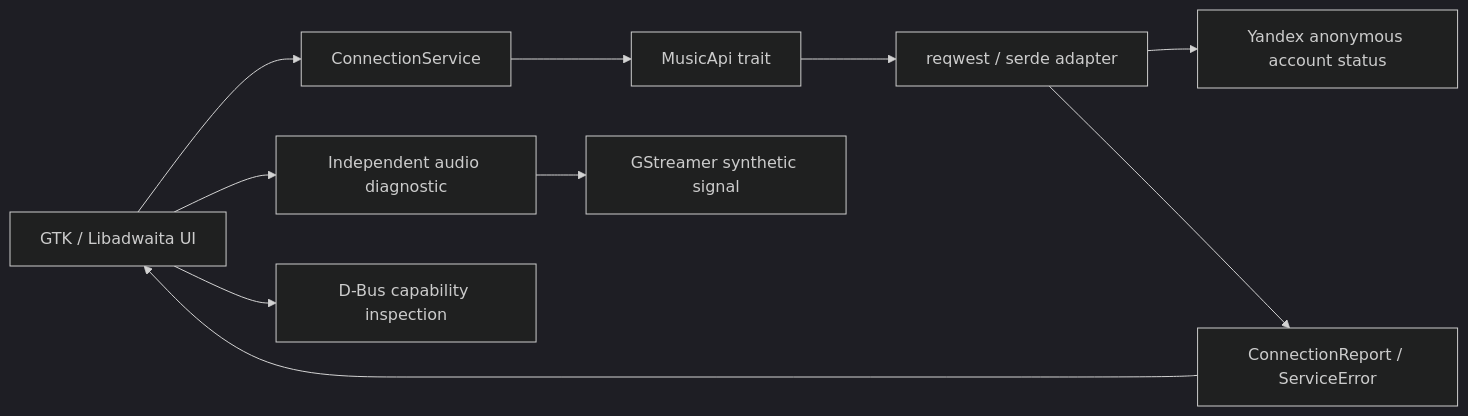
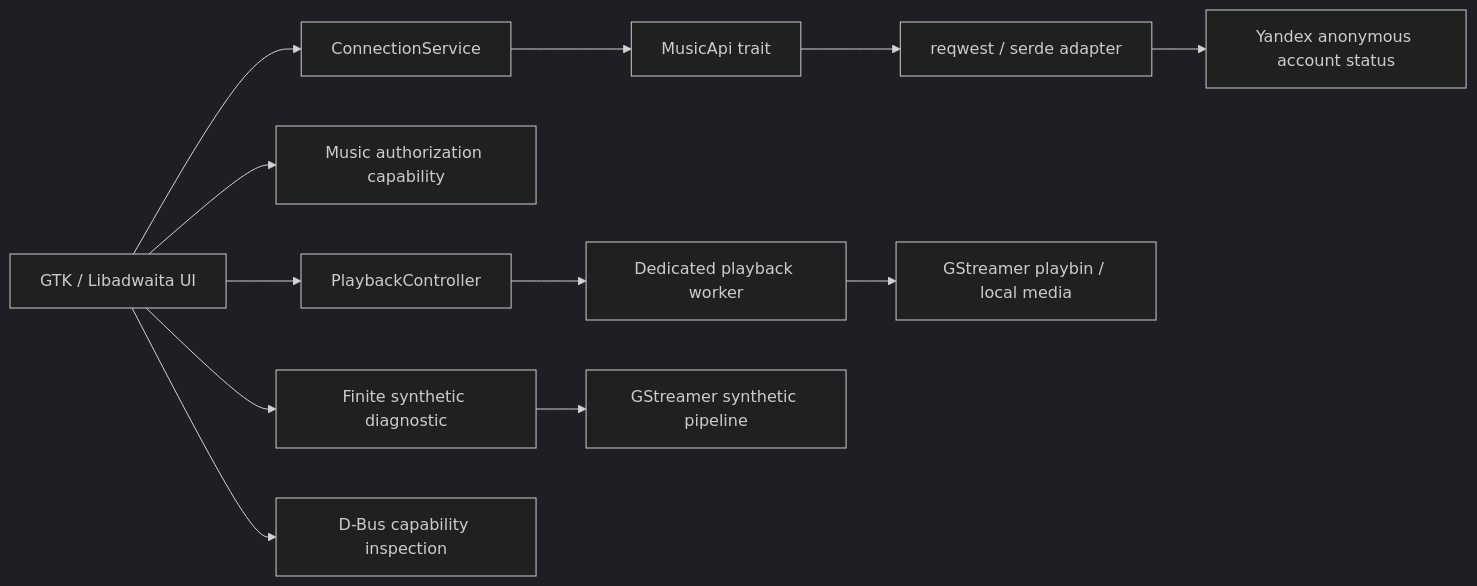
The diagram in docs/ARCHITECTURE.md (tracerxbrhd/karin), drawn with Mermaid (dark theme) before and after one commit. The commit also changed other lines of this file and 49 other files, not shown here.

First line of the commit message:
v0.1 Gate A: local playback engine and Music authorization verdict (#4)

````diff
--- a/docs/ARCHITECTURE.md
+++ b/docs/ARCHITECTURE.md
@@ -6,12 +8,14 @@
 ```mermaid
 flowchart LR
   UI[GTK / Libadwaita UI] --> Service[ConnectionService]
   Service --> Boundary[MusicApi trait]
   Boundary --> API[reqwest / serde adapter]
   API --> Remote[Yandex anonymous account status]
-  API --> Domain[ConnectionReport / ServiceError]
-  Domain --> UI
-  UI --> Audio[Independent audio diagnostic]
-  Audio --> GST[GStreamer synthetic signal]
+  UI --> Capability[Music authorization capability]
+  UI --> Player[PlaybackController]
+  Player --> Worker[Dedicated playback worker]
+  Worker --> Playbin[GStreamer playbin / local media]
+  UI --> Audio[Finite synthetic diagnostic]
+  Audio --> GST[GStreamer synthetic pipeline]
   UI --> Platform[D-Bus capability inspection]
 ```
````
